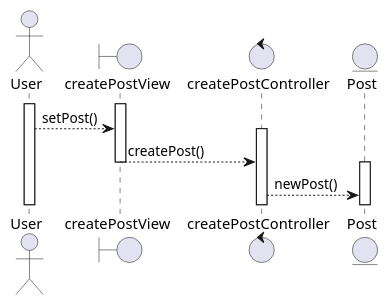
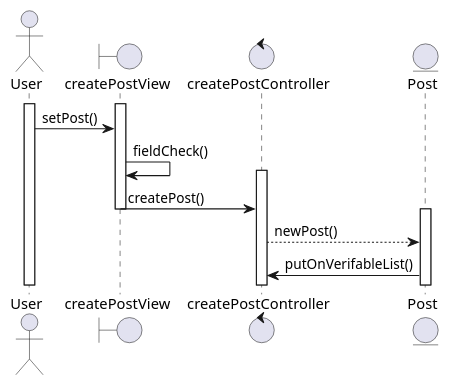
One commit to Dayannis-07/ING_SOFT changed the diagram in docs/scenariosView/sequenceDiagramUC-CreatePost.puml. Above: the diagram before and after it, drawn with PlantUML. The commit also changed 1 other file, not shown here.

Commit message:
sequence Diagram CreatePost uptade

```diff
--- a/docs/scenariosView/sequenceDiagramUC-CreatePost.puml
+++ b/docs/scenariosView/sequenceDiagramUC-CreatePost.puml
@@ -1,14 +1,16 @@
 @startuml "Sequence Diagram UC Create Post"
 actor User
 boundary createPostView
 control createPostController
 entity Post
 activate User
 activate createPostView
-User-->createPostView: setPost()
+User->createPostView: setPost()
+createPostView->createPostView:fieldCheck()
 activate createPostController
-createPostView-->createPostController:createPost()
+createPostView->createPostController:createPost()
 deactivate createPostView
 activate Post
 createPostController-->Post: newPost()
+Post->createPostController:putOnVerifableList()
 @enduml
```
